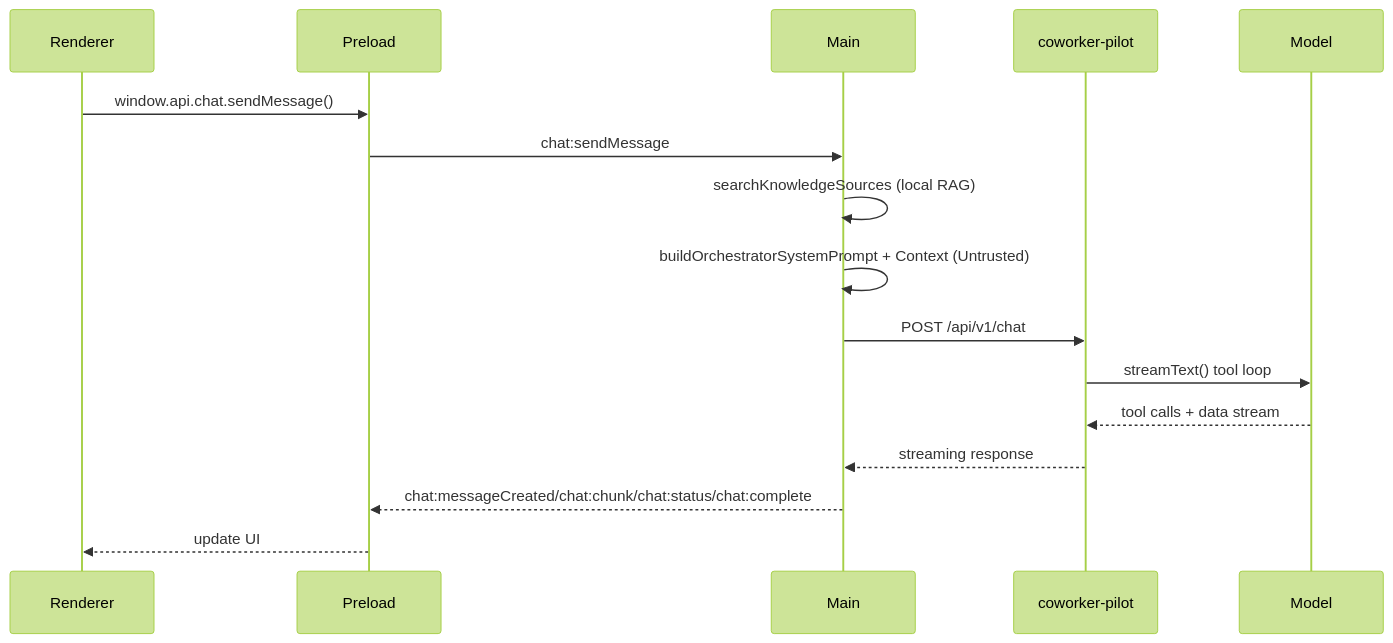
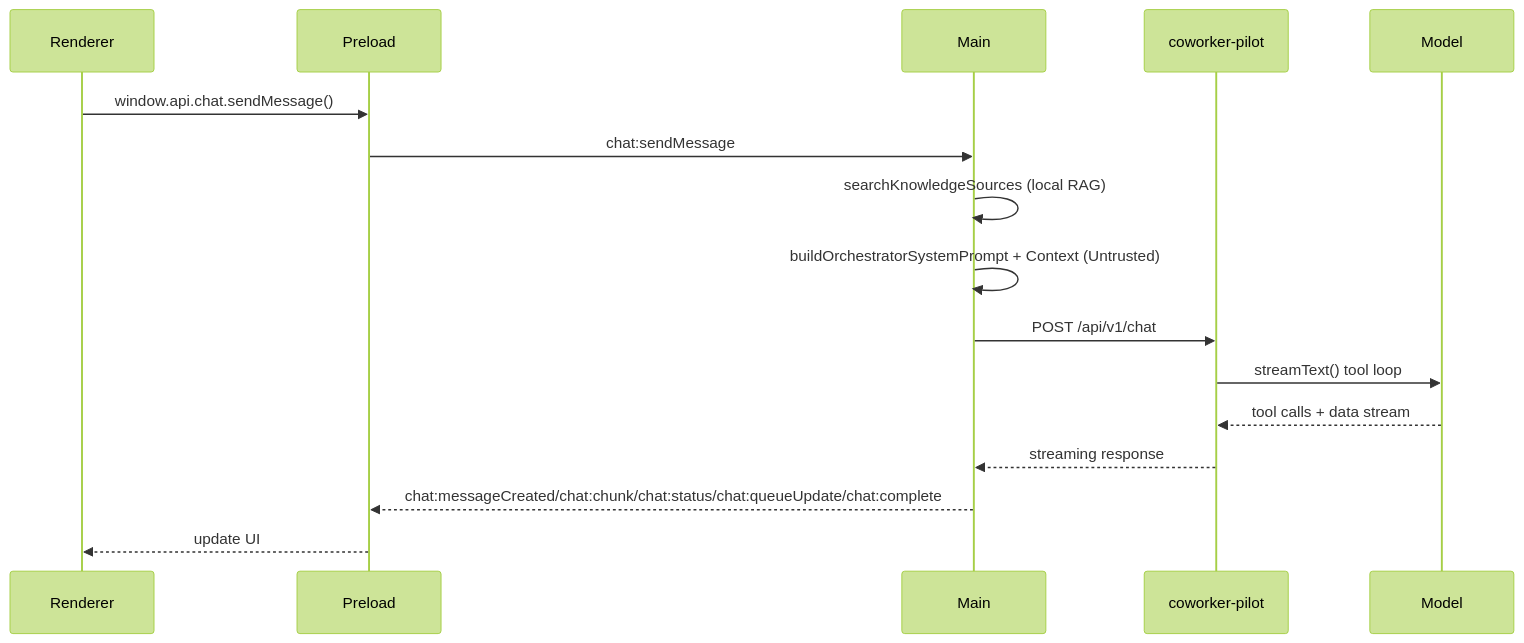
Before and after one commit to alecmccauley/coworker: the diagram in docs/techical_summary.md, drawn with Mermaid (forest theme). The commit also changed other lines of this file and 28 other files, not shown here.

````diff
--- a/docs/techical_summary.md
+++ b/docs/techical_summary.md
@@ -142,19 +143,19 @@
 ```mermaid
 sequenceDiagram
   participant Renderer
   participant Preload
   participant Main
   participant API as coworker-pilot
   participant Model
 
   Renderer->>Preload: window.api.chat.sendMessage()
   Preload->>Main: chat:sendMessage
   Main->>Main: searchKnowledgeSources (local RAG)
   Main->>Main: buildOrchestratorSystemPrompt + Context (Untrusted)
   Main->>API: POST /api/v1/chat
   API->>Model: streamText() tool loop
   Model-->>API: tool calls + data stream
   API-->>Main: streaming response
-  Main-->>Preload: chat:messageCreated/chat:chunk/chat:status/chat:complete
+  Main-->>Preload: chat:messageCreated/chat:chunk/chat:status/chat:queueUpdate/chat:complete
   Preload-->>Renderer: update UI
 ```
````
